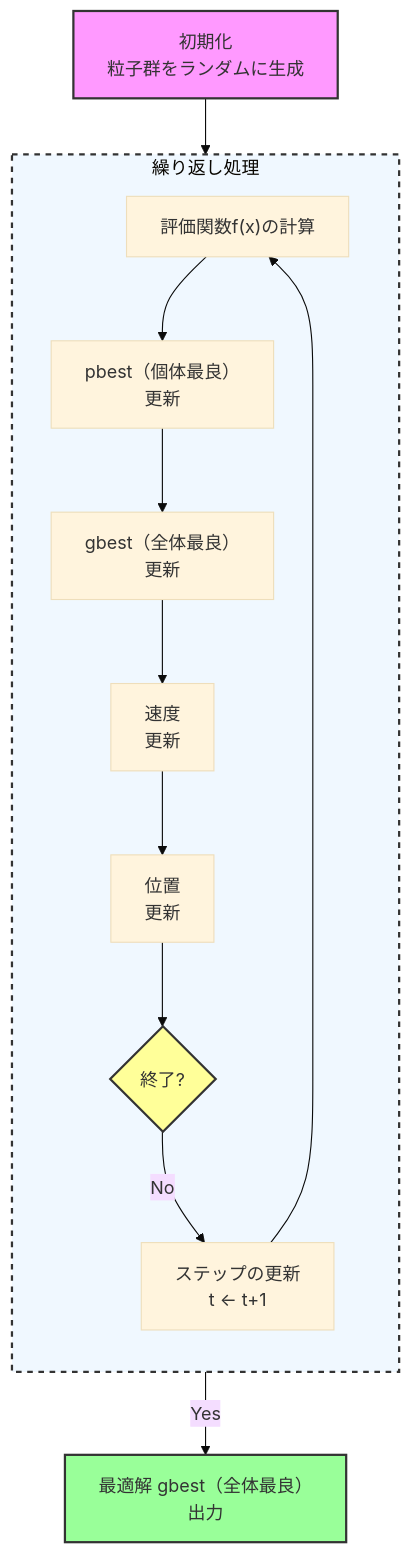
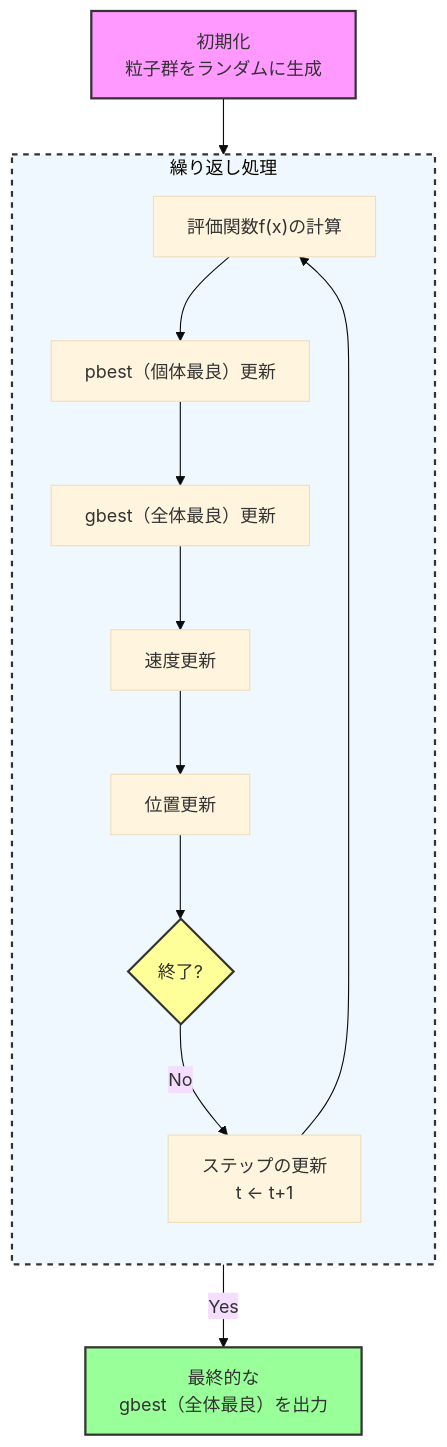
The diagram in docs/pso_summary.md (jkushida/ai-arch), drawn with Mermaid (base theme) before and after one commit. The commit also changed other lines of this file and 2 other files, not shown here.

````diff
--- a/docs/pso_summary.md
+++ b/docs/pso_summary.md
@@ -93,22 +93,22 @@
 ```mermaid
 flowchart TB
     A[初期化<br/>粒子群をランダムに生成] --> B["評価関数f(x)の計算"]
     
     subgraph loop["繰り返し処理"]
         direction TB
-        B --> C[pbest（個体最良）<br/>更新]
-        C --> D[gbest（全体最良）<br/>更新]
-        D --> F[速度<br/>更新]
-        F --> G[位置<br/>更新]
+        B --> C[pbest（個体最良）更新]
+        C --> D[gbest（全体最良）更新]
+        D --> F[速度更新]
+        F --> G[位置更新]
         G --> E{終了?}
         E -->|No| I[ステップの更新<br/>t ← t+1]
         I --> B
     end
     
-    E -->|Yes| H[最適解 gbest（全体最良）<br/>出力]
+    E -->|Yes| H[最終的な<br/> gbest（全体最良）を出力]
     
     style A fill:#f9f,stroke:#333,stroke-width:2px
     style H fill:#9f9,stroke:#333,stroke-width:2px
     style E fill:#ff9,stroke:#333,stroke-width:2px
     style loop fill:#f0f8ff,stroke:#333,stroke-width:2px,stroke-dasharray: 5 5
 ```
````
